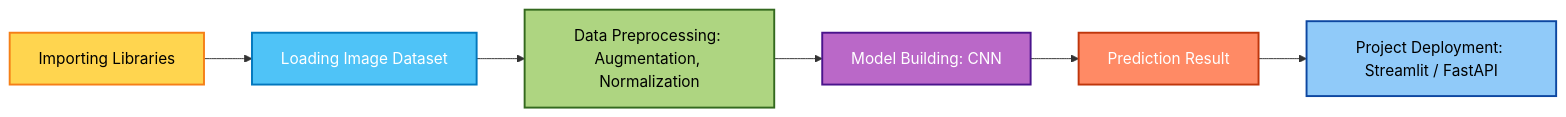
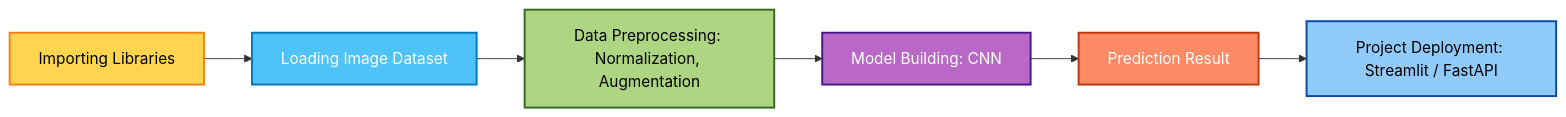
Before and after one commit to shivareddy2002/rice-grain-classifier: the diagram in README.md, drawn with Mermaid.

````diff
--- a/README.md
+++ b/README.md
@@ -101,17 +101,17 @@
 ```mermaid
 flowchart LR
     A[Importing Libraries] --> B[Loading Image Dataset]
-    B --> C[Data Preprocessing: Augmentation, Normalization]
+    B --> C[Data Preprocessing: Normalization, Augmentation]
     C --> D[Model Building: CNN]
     D --> E[Prediction Result]
     E --> F[Project Deployment: Streamlit / FastAPI]
 
     %% Styles
     style A fill:#FFD54F,stroke:#F57F17,stroke-width:2px,color:#000;
     style B fill:#4FC3F7,stroke:#0277BD,stroke-width:2px,color:#fff;
     style C fill:#AED581,stroke:#33691E,stroke-width:2px,color:#000;
     style D fill:#BA68C8,stroke:#4A148C,stroke-width:2px,color:#fff;
     style E fill:#FF8A65,stroke:#BF360C,stroke-width:2px,color:#fff;
     style F fill:#90CAF9,stroke:#0D47A1,stroke-width:2px,color:#000;
 
 ```
````
